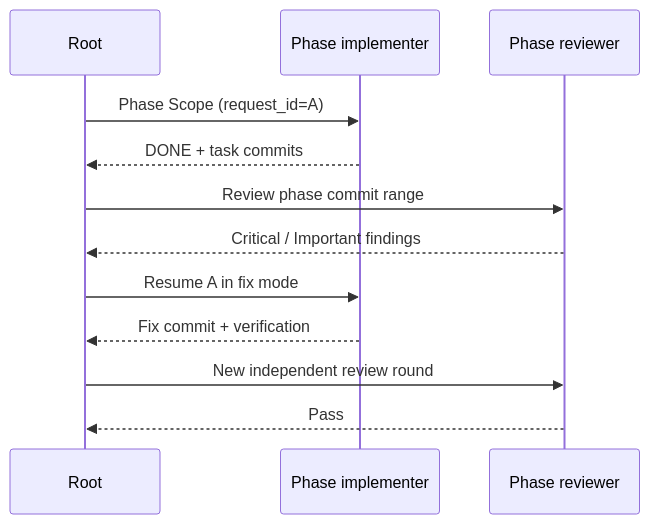
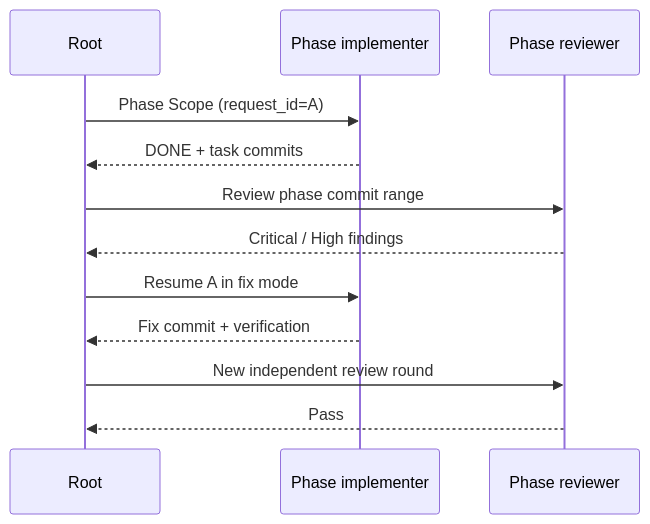
One commit to voxmedia/open-agent-toolkit changed the second of 2 diagrams in apps/oat-docs/docs/workflows/projects/implementation-execution.md. Above: the diagram before and after it, drawn with Mermaid. The commit also changed other lines of this file and 121 other files, not shown here.

````diff
--- a/apps/oat-docs/docs/workflows/projects/implementation-execution.md
+++ b/apps/oat-docs/docs/workflows/projects/implementation-execution.md
@@ -398,15 +398,15 @@
 ```mermaid
 sequenceDiagram
   participant Root
   participant Phase as Phase implementer
   participant Review as Phase reviewer
 
   Root->>Phase: Phase Scope (request_id=A)
   Phase-->>Root: DONE + task commits
   Root->>Review: Review phase commit range
-  Review-->>Root: Critical / Important findings
+  Review-->>Root: Critical / High findings
   Root->>Phase: Resume A in fix mode
   Phase-->>Root: Fix commit + verification
   Root->>Review: New independent review round
   Review-->>Root: Pass
 ```
````
